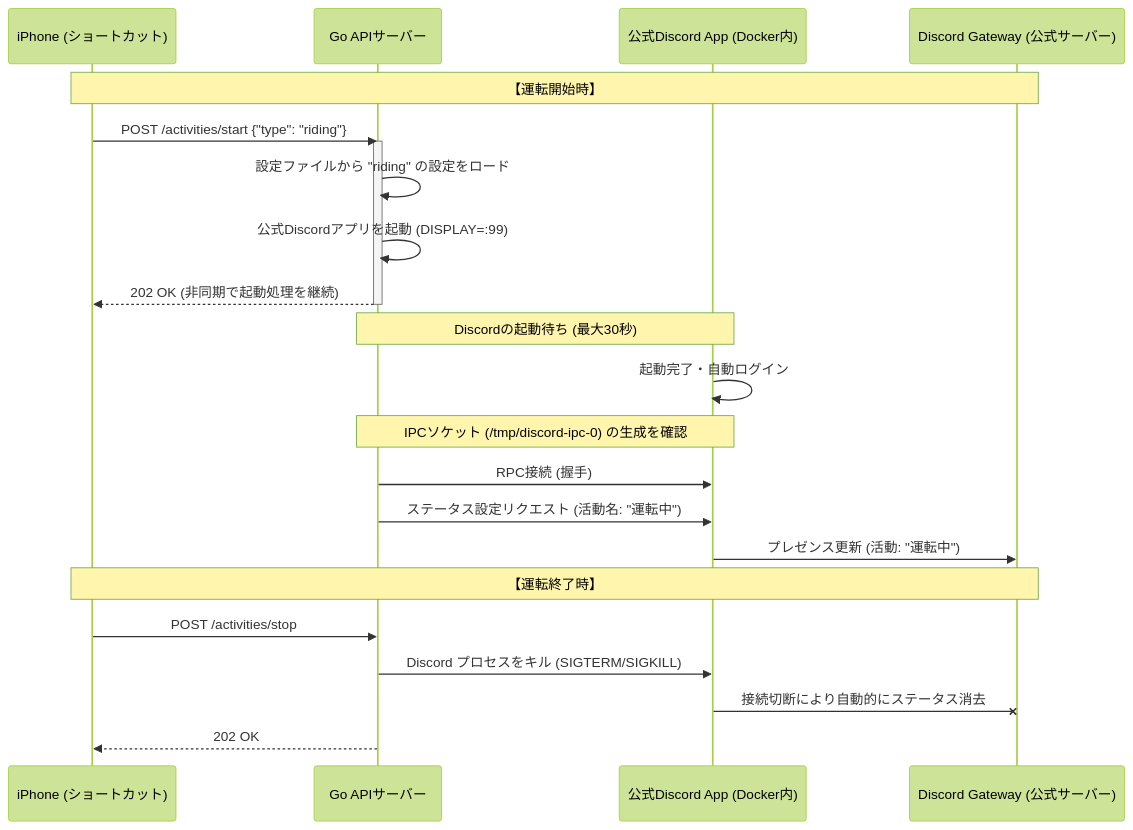
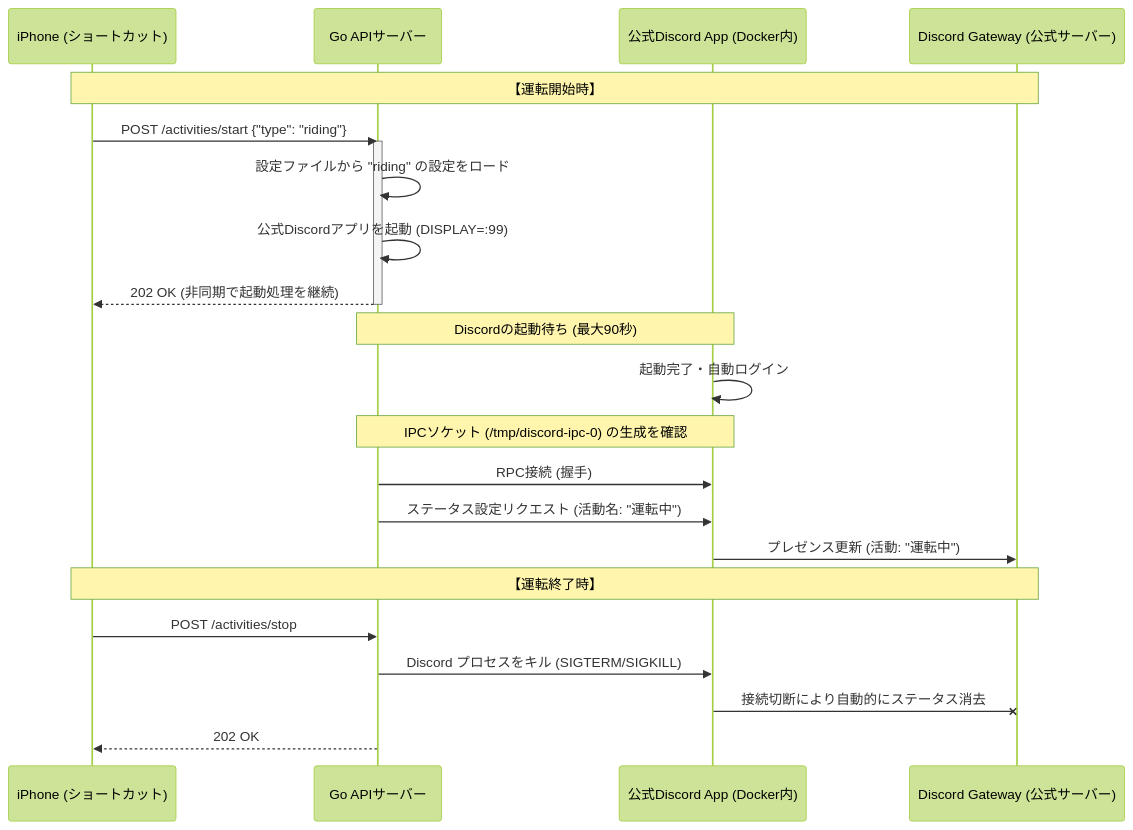
The diagram in docs/spec.md (dice-2004/Motorcycle2discord), drawn with Mermaid (forest theme) before and after one commit. The commit also changed 2 other files, not shown here.

Commit message:
fix: Extend Discord startup timeout from 30 seconds to 90 seconds to prevent premature termination

````diff
--- a/docs/spec.md
+++ b/docs/spec.md
@@ -12,29 +12,29 @@
 ```mermaid
 sequenceDiagram
     participant iPhone as iPhone (ショートカット)
     participant Server as Go APIサーバー
     participant Discord as 公式Discord App (Docker内)
     participant API as Discord Gateway (公式サーバー)
 
     Note over iPhone, API: 【運転開始時】
     iPhone->>Server: POST /activities/start {"type": "riding"}
     activate Server
     Server->>Server: 設定ファイルから "riding" の設定をロード
     Server->>Server: 公式Discordアプリを起動 (DISPLAY=:99)
     Server-->>iPhone: 202 OK (非同期で起動処理を継続)
     deactivate Server
     
-    Note over Server, Discord: Discordの起動待ち (最大30秒)
+    Note over Server, Discord: Discordの起動待ち (最大90秒)
     Discord->>Discord: 起動完了・自動ログイン
     Note over Server, Discord: IPCソケット (/tmp/discord-ipc-0) の生成を確認
     
     Server->>Discord: RPC接続 (握手)
     Server->>Discord: ステータス設定リクエスト (活動名: "運転中")
     Discord->>API: プレゼンス更新 (活動: "運転中")
 
     Note over iPhone, API: 【運転終了時】
     iPhone->>Server: POST /activities/stop
     Server->>Discord: Discord プロセスをキル (SIGTERM/SIGKILL)
     Discord -x API: 接続切断により自動的にステータス消去
     Server-->>iPhone: 202 OK
 ```
````
